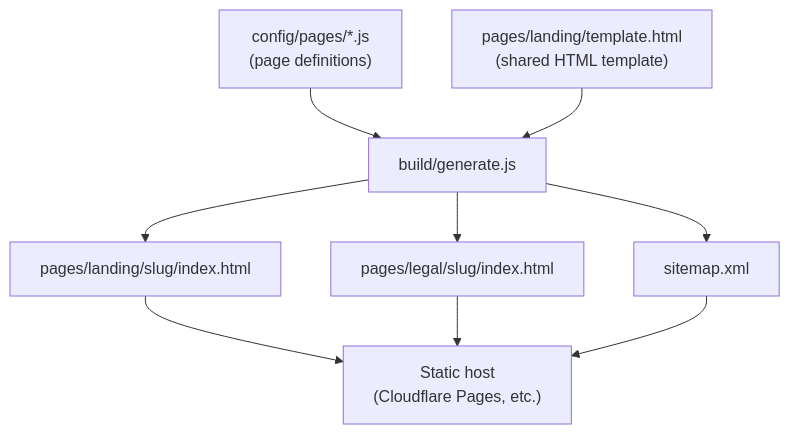
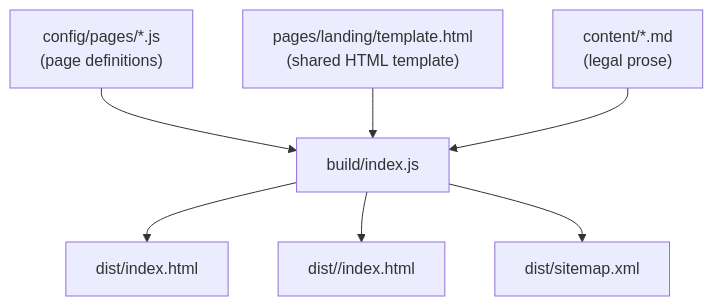
Before and after one commit to stefanionescu/landing-template: the diagram in README.md, drawn with Mermaid. The commit also changed other lines of this file and 22 other files, not shown here.

````diff
--- a/README.md
+++ b/README.md
@@ -25,11 +24,9 @@
 ```mermaid
 flowchart TD
-    A["config/pages/*.js\n(page definitions)"] --> C["build/generate.js"]
+    A["config/pages/*.js\n(page definitions)"] --> C["build/index.js"]
     B["pages/landing/template.html\n(shared HTML template)"] --> C
-    C --> D["pages/landing/slug/index.html"]
-    C --> E["pages/legal/slug/index.html"]
-    C --> F["sitemap.xml"]
-    D --> G["Static host\n(Cloudflare Pages, etc.)"]
-    E --> G
-    F --> G
+    D["content/*.md\n(legal prose)"] --> C
+    C --> E["dist/index.html"]
+    C --> F["dist/<route>/index.html"]
+    C --> G["dist/sitemap.xml"]
 ```
````
